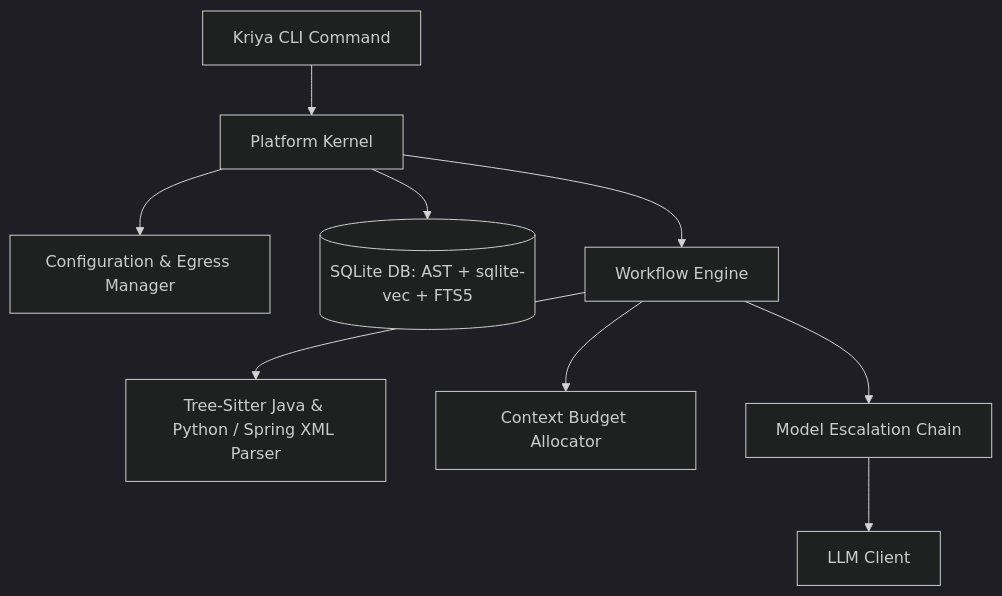
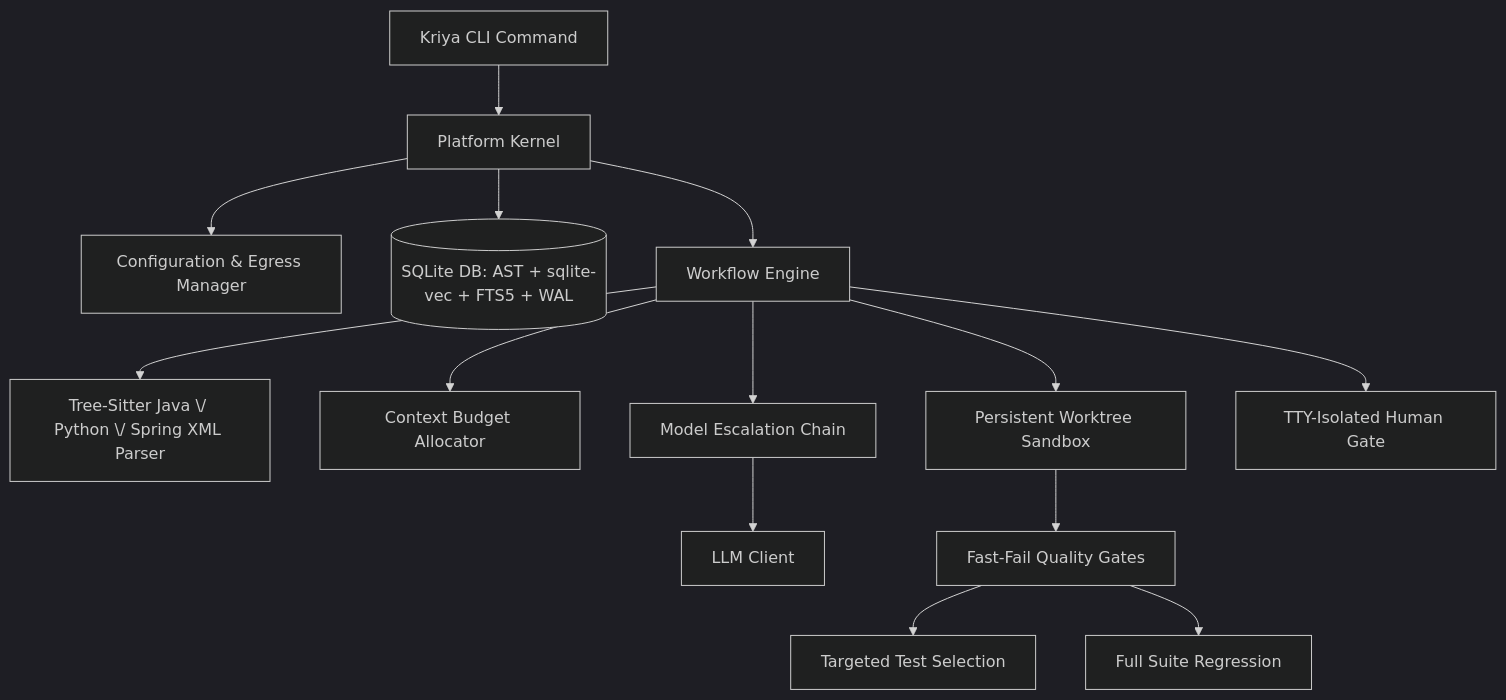
Before and after one commit to snanduri7/kriya: the diagram in docs/design.md, drawn with Mermaid (dark theme). The commit also changed other lines of this file and 10 other files, not shown here.

Commit message:
feat: add support for reasoning models with auto-thinking-tag removal and enhance test runner with selective execution and persistent WAL tracing

````diff
--- a/docs/design.md
+++ b/docs/design.md
@@ -11,11 +11,16 @@
 ```mermaid
 graph TD
     CLI[Kriya CLI Command] --> Kernel[Platform Kernel]
     Kernel --> Config[Configuration & Egress Manager]
-    Kernel --> SQLite[(SQLite DB: AST + sqlite-vec + FTS5)]
+    Kernel --> SQLite[(SQLite DB: AST + sqlite-vec + FTS5 + WAL)]
     Kernel --> Workflow[Workflow Engine]
-    Workflow --> ASTParser[Tree-Sitter Java & Python / Spring XML Parser]
+    Workflow --> ASTParser[Tree-Sitter Java \/ Python \/ Spring XML Parser]
     Workflow --> Budget[Context Budget Allocator]
     Workflow --> Escalation[Model Escalation Chain]
     Escalation --> LLMClient[LLM Client]
+    Workflow --> Sandbox[Persistent Worktree Sandbox]
+    Sandbox --> Gates[Fast-Fail Quality Gates]
+    Gates --> Targeted[Targeted Test Selection]
+    Gates --> FullSuite[Full Suite Regression]
+    Workflow --> Approval[TTY-Isolated Human Gate]
 ```
````
